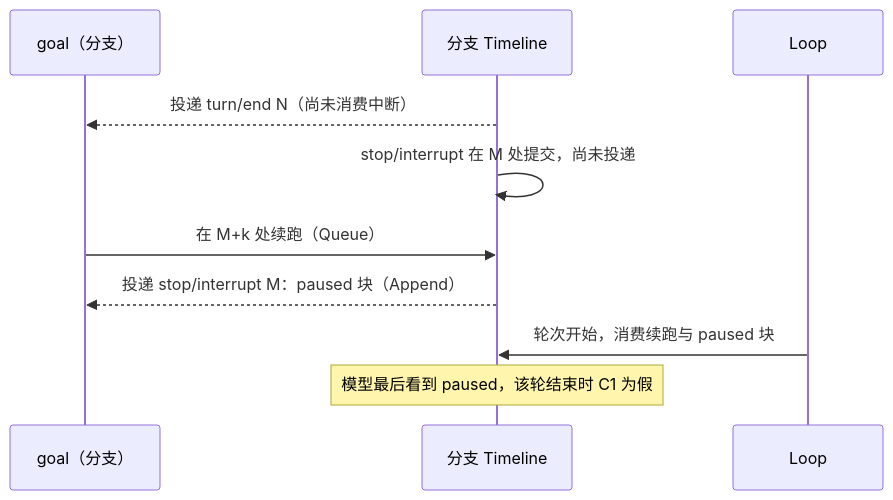
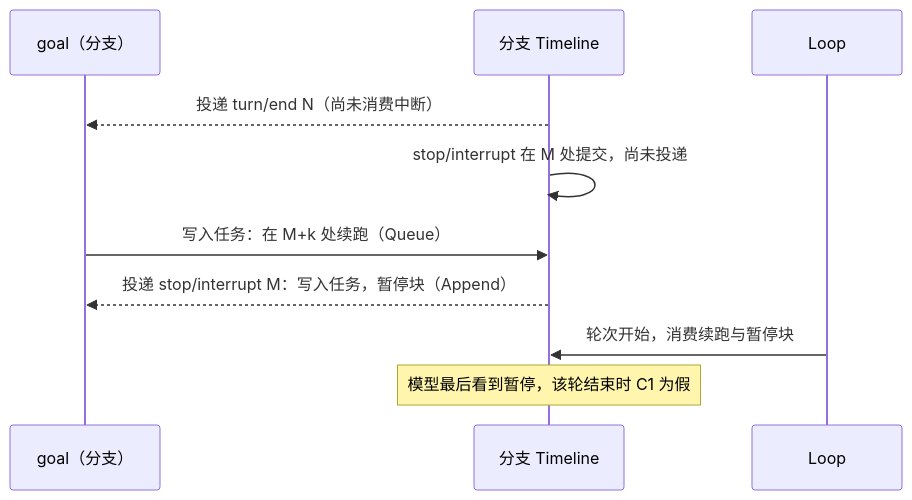
The sixth of 6 diagrams in docs/zh/design/plugins/Goal.md (CoutinhoTTS/dim-agent), drawn with Mermaid before and after one commit. The commit also changed other lines of this file and 40 other files, not shown here.

````diff
--- a/docs/zh/design/plugins/Goal.md
+++ b/docs/zh/design/plugins/Goal.md
@@ -146,12 +166,12 @@
 ```mermaid
 sequenceDiagram
   participant G as goal（分支）
   participant TL as 分支 Timeline
   participant LP as Loop
   TL-->>G: 投递 turn/end N（尚未消费中断）
   TL->>TL: stop/interrupt 在 M 处提交，尚未投递
-  G->>TL: 在 M+k 处续跑（Queue）
-  TL-->>G: 投递 stop/interrupt M：paused 块（Append）
-  LP->>TL: 轮次开始，消费续跑与 paused 块
-  Note over TL: 模型最后看到 paused，该轮结束时 C1 为假
+  G->>TL: 写入任务：在 M+k 处续跑（Queue）
+  TL-->>G: 投递 stop/interrupt M：写入任务，暂停块（Append）
+  LP->>TL: 轮次开始，消费续跑与暂停块
+  Note over TL: 模型最后看到暂停，该轮结束时 C1 为假
 ```
````
